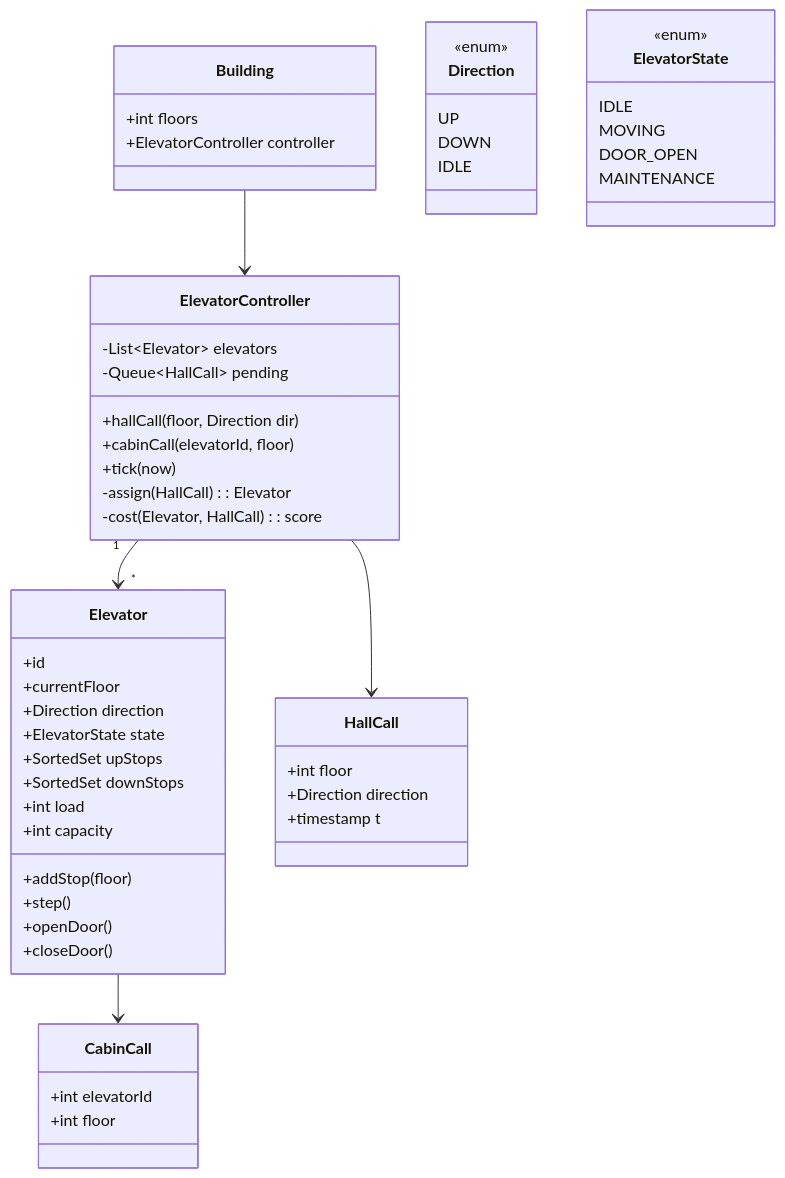
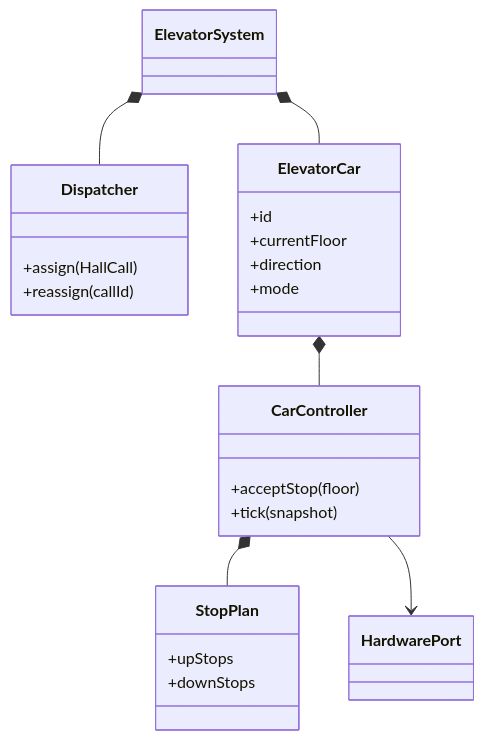
Diagram 14 of 32 in system_design.md (Chirumamilla1522/c3-ai), drawn with Mermaid before and after one commit. The commit also changed other lines of this file and 1 other file, not shown here.

First line of the commit message:
Rewrite system design as progressive mock interviews.

````diff
--- a/system_design.md
+++ b/system_design.md
@@ -1287,57 +1470,28 @@
 ```mermaid
 classDiagram
-  direction TB
-  class Building {
-    +int floors
-    +ElevatorController controller
+  class ElevatorSystem
+  class Dispatcher {
+    +assign(HallCall)
+    +reassign(callId)
   }
-  class ElevatorController {
-    -List~Elevator~ elevators
-    -Queue~HallCall~ pending
-    +hallCall(floor, Direction dir)
-    +cabinCall(elevatorId, floor)
-    +tick(now)
-    -assign(HallCall): Elevator
-    -cost(Elevator, HallCall): score
-  }
-  class Elevator {
+  class ElevatorCar {
     +id
     +currentFloor
-    +Direction direction
-    +ElevatorState state
-    +SortedSet upStops
-    +SortedSet downStops
-    +int load
-    +int capacity
-    +addStop(floor)
-    +step()
-    +openDoor()
-    +closeDoor()
+    +direction
+    +mode
   }
-  class HallCall {
-    +int floor
-    +Direction direction
-    +timestamp t
+  class CarController {
+    +acceptStop(floor)
+    +tick(snapshot)
   }
-  class CabinCall {
-    +int elevatorId
-    +int floor
+  class StopPlan {
+    +upStops
+    +downStops
   }
-  class Direction {
-    <<enum>>
-    UP
-    DOWN
-    IDLE
-  }
-  class ElevatorState {
-    <<enum>>
-    IDLE
-    MOVING
-    DOOR_OPEN
-    MAINTENANCE
-  }
-  Building --> ElevatorController
-  ElevatorController "1" --> "*" Elevator
-  ElevatorController --> HallCall
-  Elevator --> CabinCall
+  class HardwarePort
+  ElevatorSystem *-- Dispatcher
+  ElevatorSystem *-- ElevatorCar
+  ElevatorCar *-- CarController
+  CarController *-- StopPlan
+  CarController --> HardwarePort
 ```
````
